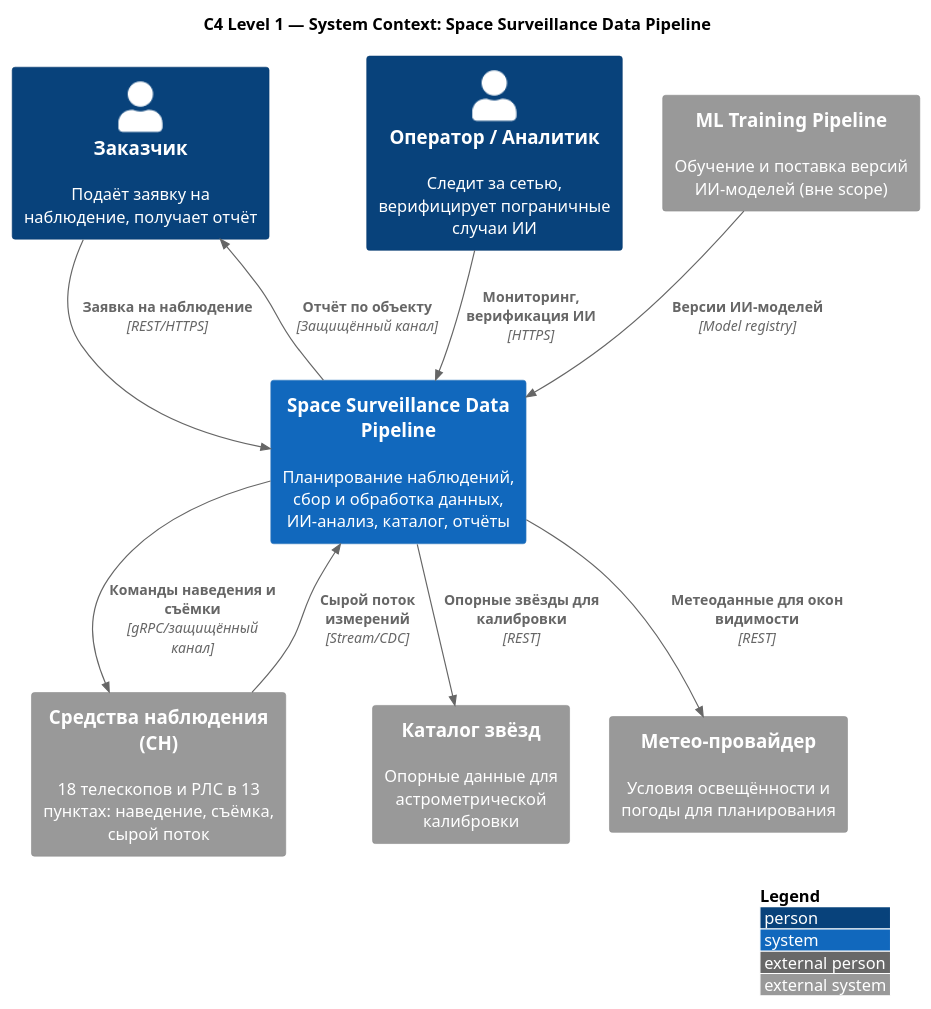
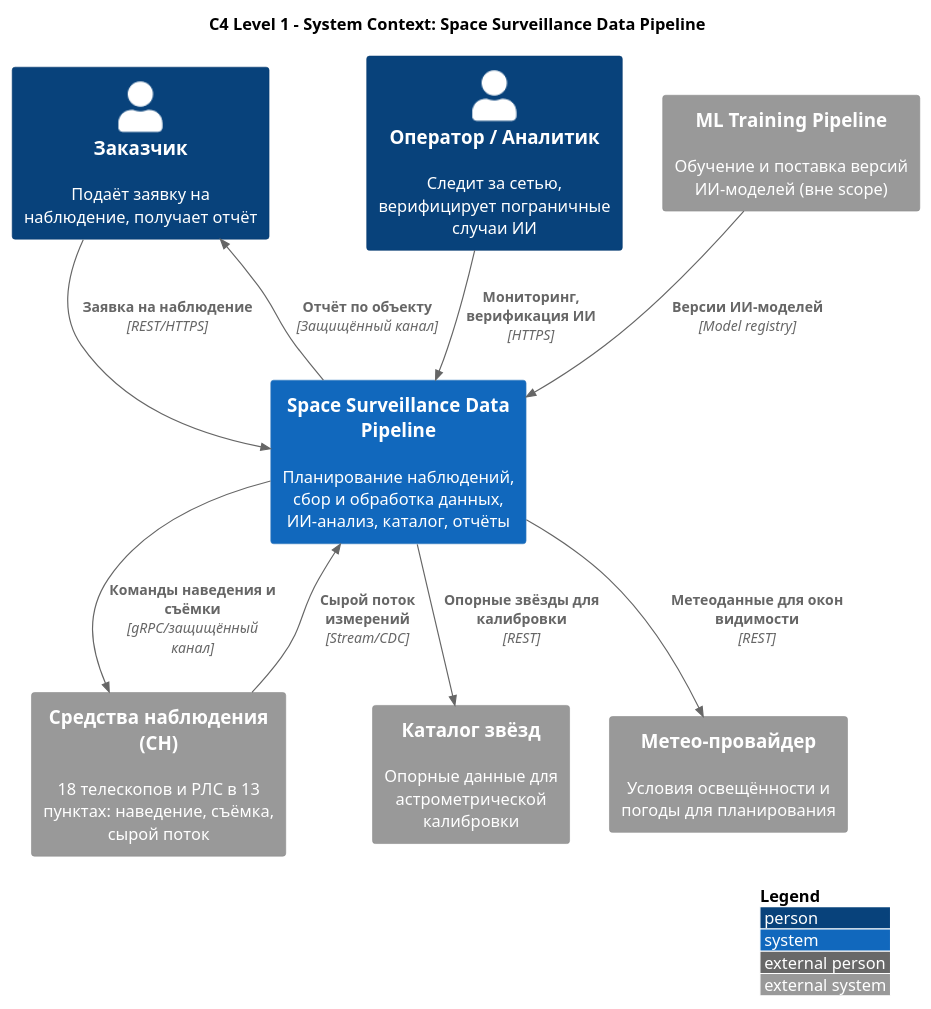
Before and after one commit to mak964-afk/space-surveillance-pipeline: the first of 2 diagrams in diagrams/c4_model.puml, drawn with PlantUML. The commit also changed other lines of this file and 8 other files, not shown here.

Commit message:
docs: заменить длинные тире (—) на средние (–) в документации и исходниках диаграмм

```diff
--- a/diagrams/c4_model.puml
+++ b/diagrams/c4_model.puml
@@ -1,30 +1,30 @@
 @startuml c4_ssdp
 ' =====================================================================
 '  Модель C4 (уровень Context) для SSDP.
 '  Используется библиотека C4-PlantUML (C4_Context.puml).
 ' =====================================================================
 !include https://raw.githubusercontent.com/plantuml-stdlib/C4-PlantUML/master/C4_Context.puml
 
 LAYOUT_WITH_LEGEND()
-title C4 Level 1 — System Context: Space Surveillance Data Pipeline
+title C4 Level 1 – System Context: Space Surveillance Data Pipeline
 
 Person(customer, "Заказчик", "Подаёт заявку на наблюдение, получает отчёт")
 Person(operator, "Оператор / Аналитик", "Следит за сетью, верифицирует пограничные случаи ИИ")
 
 System(ssdp, "Space Surveillance Data Pipeline", "Планирование наблюдений, сбор и обработка данных, ИИ-анализ, каталог, отчёты")
 
 System_Ext(sensors, "Средства наблюдения (СН)", "18 телескопов и РЛС в 13 пунктах: наведение, съёмка, сырой поток")
 System_Ext(starCatalog, "Каталог звёзд", "Опорные данные для астрометрической калибровки")
 System_Ext(weather, "Метео-провайдер", "Условия освещённости и погоды для планирования")
 System_Ext(mlTraining, "ML Training Pipeline", "Обучение и поставка версий ИИ-моделей (вне scope)")
 
 Rel(customer, ssdp, "Заявка на наблюдение", "REST/HTTPS")
 Rel(ssdp, customer, "Отчёт по объекту", "Защищённый канал")
 Rel(operator, ssdp, "Мониторинг, верификация ИИ", "HTTPS")
 Rel(ssdp, sensors, "Команды наведения и съёмки", "gRPC/защищённый канал")
 Rel(sensors, ssdp, "Сырой поток измерений", "Stream/CDC")
 Rel(ssdp, starCatalog, "Опорные звёзды для калибровки", "REST")
 Rel(ssdp, weather, "Метеоданные для окон видимости", "REST")
 Rel(mlTraining, ssdp, "Версии ИИ-моделей", "Model registry")
 
 @enduml
```
